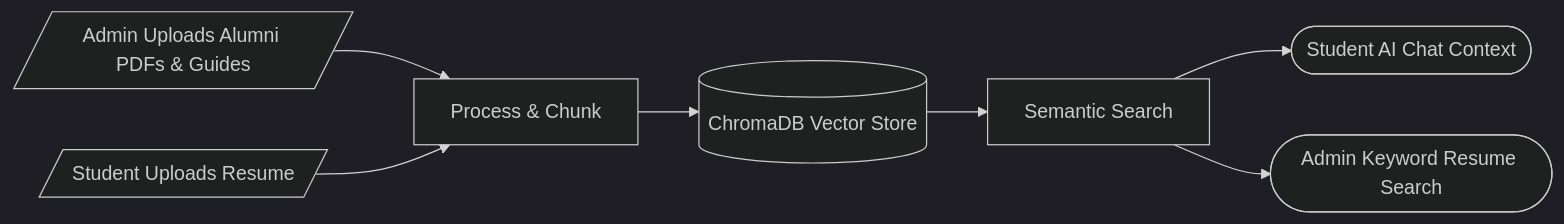
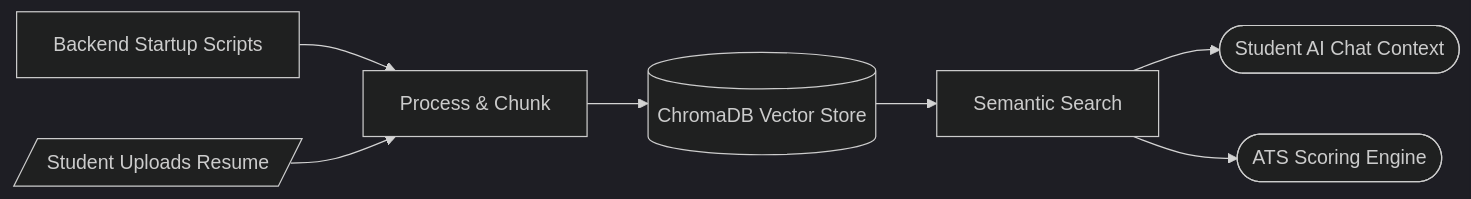
The fourth of 7 diagrams in README.md (Mounikaishu/RAG_play_ground), drawn with Mermaid (dark theme) before and after one commit. The commit also changed other lines of this file and 28 other files, not shown here.

````diff
--- a/README.md
+++ b/README.md
@@ -106,12 +74,12 @@
 ```mermaid
 flowchart LR
     %% Data Ingestion (Saving)
-    AdminUpload[/Admin Uploads Alumni PDFs & Guides/] --> Ingest[Process & Chunk]
+    Startup[Backend Startup Scripts] --> Ingest[Process & Chunk]
     StudentUpload[/Student Uploads Resume/] --> Ingest
     Ingest --> DB[(ChromaDB Vector Store)]
 
     %% Data Retrieval (Fetching)
     DB --> Retrieve[Semantic Search]
     Retrieve --> Chat([Student AI Chat Context])
-    Retrieve --> AdminSearch([Admin Keyword Resume Search])
+    Retrieve --> ATS([ATS Scoring Engine])
 ```
````
